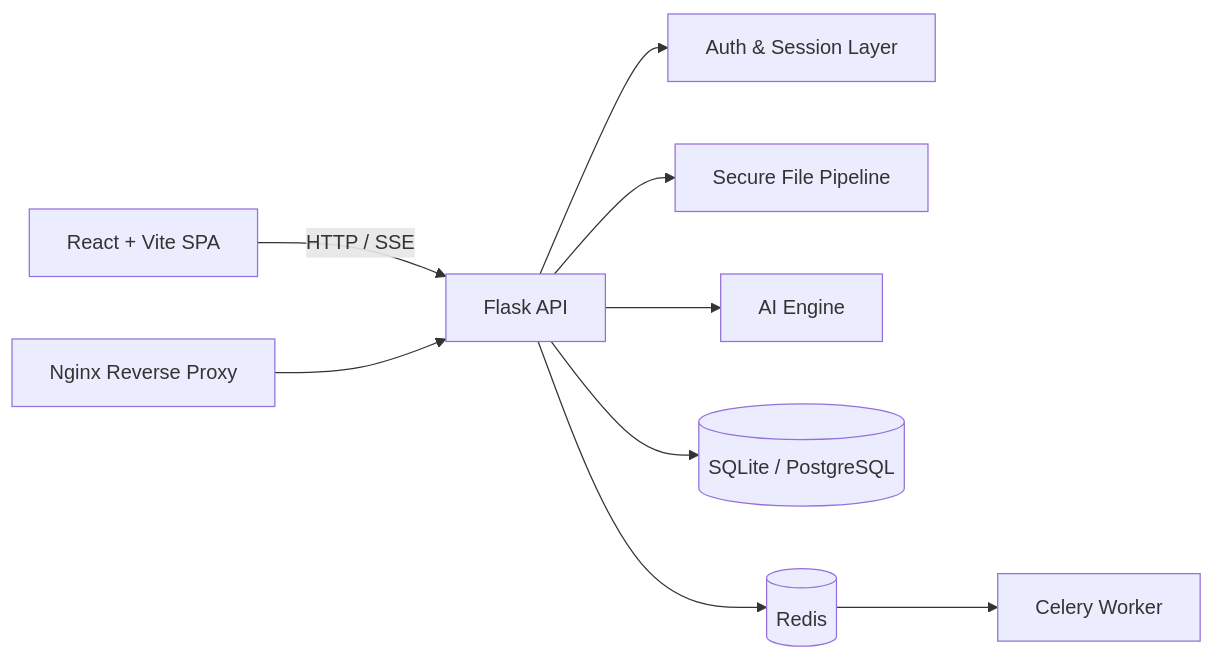
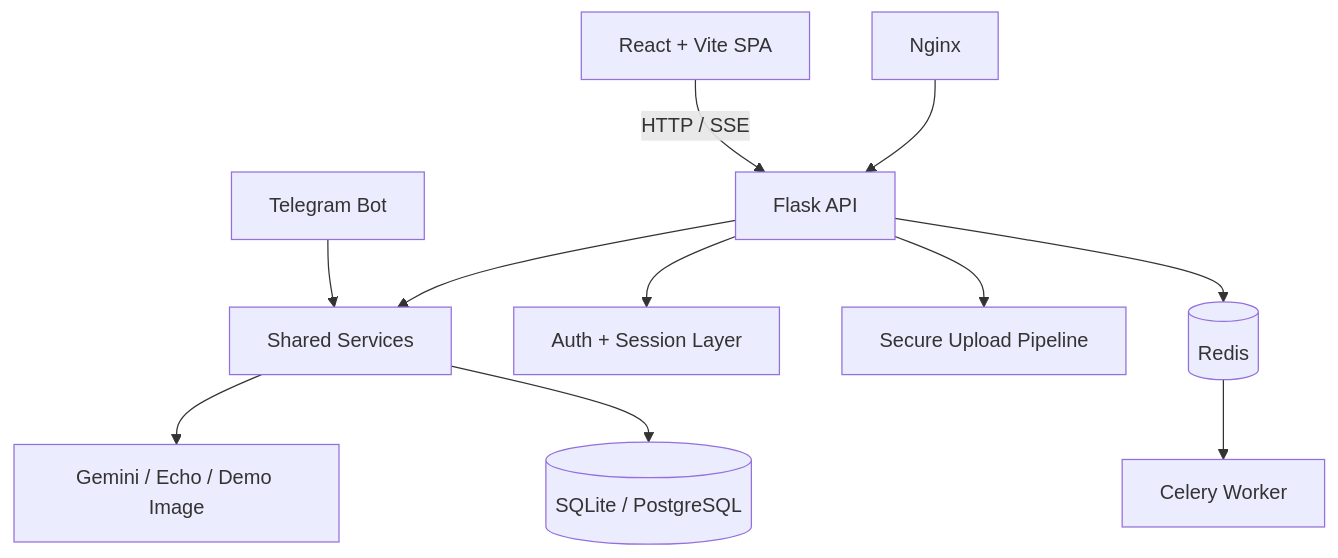
One commit to ReNothingg/ReMind changed the diagram in README.md. Above: the diagram before and after it, drawn with Mermaid. The commit also changed other lines of this file, not shown here.

````diff
--- a/README.md
+++ b/README.md
@@ -70,11 +93,13 @@
 ```mermaid
-graph LR
+graph TD
   UI[React + Vite SPA] -->|HTTP / SSE| API[Flask API]
-  API --> AUTH[Auth & Session Layer]
-  API --> FILES[Secure File Pipeline]
-  API --> AI[AI Engine]
-  API --> DB[(SQLite / PostgreSQL)]
+  TG[Telegram Bot] --> SRV[Shared Services]
+  API --> SRV
+  API --> AUTH[Auth + Session Layer]
+  API --> FILES[Secure Upload Pipeline]
+  SRV --> AI[Gemini / Echo / Demo Image]
+  SRV --> DB[(SQLite / PostgreSQL)]
   API --> REDIS[(Redis)]
   REDIS --> CELERY[Celery Worker]
-  NGINX[Nginx Reverse Proxy] --> API
+  NGINX[Nginx] --> API
 ```
````
